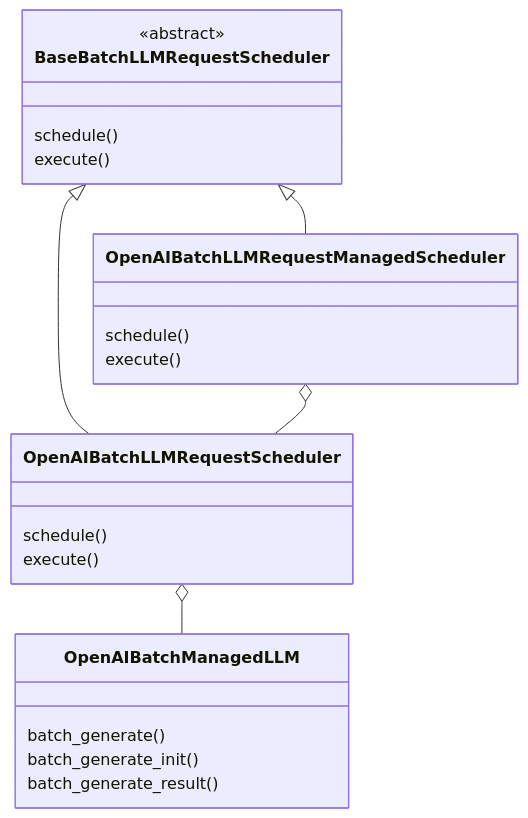
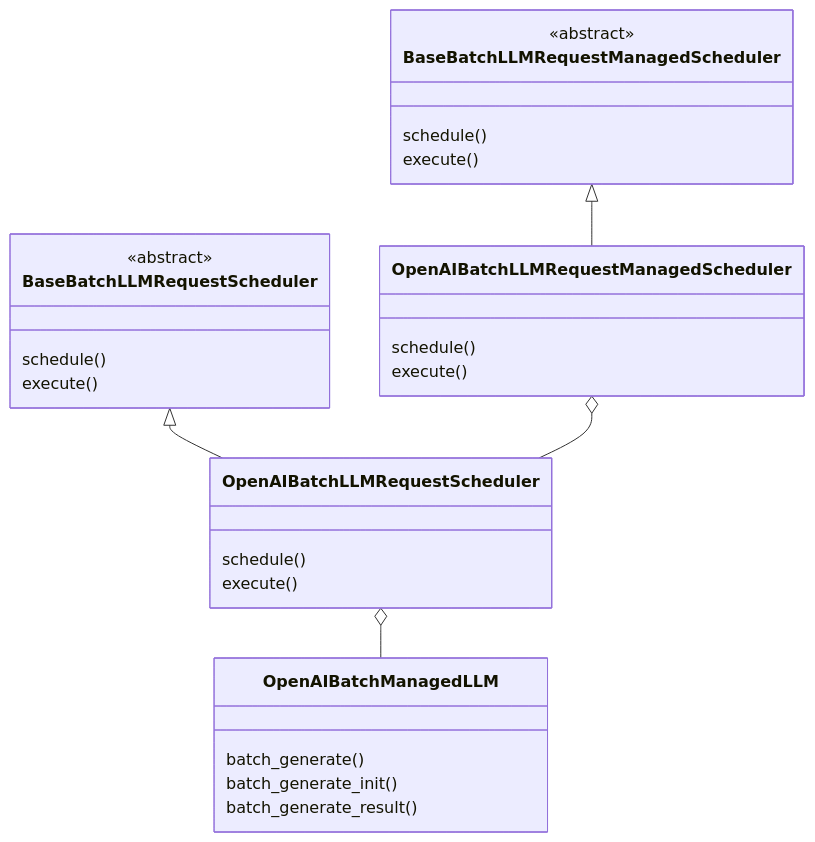
One commit to Luka958Pixion/math-rag changed the diagram in docs/umls/openai_batch_managed_llm_request_scheduler.md. Above: the diagram before and after it, drawn with Mermaid. The commit also changed 6 other files, not shown here.

````diff
--- a/docs/umls/openai_batch_managed_llm_request_scheduler.md
+++ b/docs/umls/openai_batch_managed_llm_request_scheduler.md
@@ -1,31 +1,37 @@
 ```mermaid
 classDiagram
 
 class BaseBatchLLMRequestScheduler {
+    <<abstract>>
+    schedule()
+    execute()
+}
+
+class BaseBatchLLMRequestManagedScheduler {
     <<abstract>>
     schedule()
     execute()
 }
 
 class OpenAIBatchLLMRequestScheduler {
     schedule()
     execute()
 }
 
 class OpenAIBatchLLMRequestManagedScheduler {
     schedule()
     execute()
 }
 
 class OpenAIBatchManagedLLM {
     batch_generate()
     batch_generate_init()
     batch_generate_result()
 }
 
 BaseBatchLLMRequestScheduler <|-- OpenAIBatchLLMRequestScheduler
-BaseBatchLLMRequestScheduler <|-- OpenAIBatchLLMRequestManagedScheduler
+BaseBatchLLMRequestManagedScheduler <|-- OpenAIBatchLLMRequestManagedScheduler
 
 OpenAIBatchLLMRequestScheduler o-- OpenAIBatchManagedLLM
 OpenAIBatchLLMRequestManagedScheduler o-- OpenAIBatchLLMRequestScheduler
 ```
````
